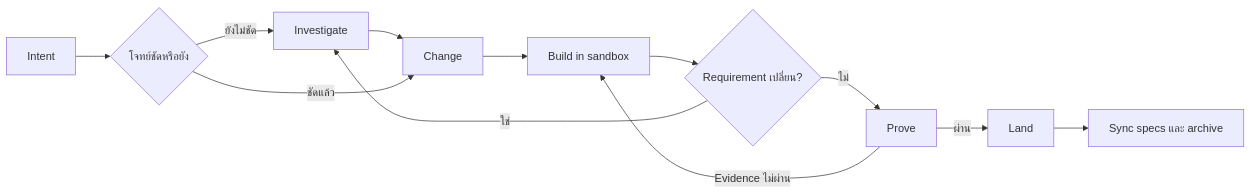
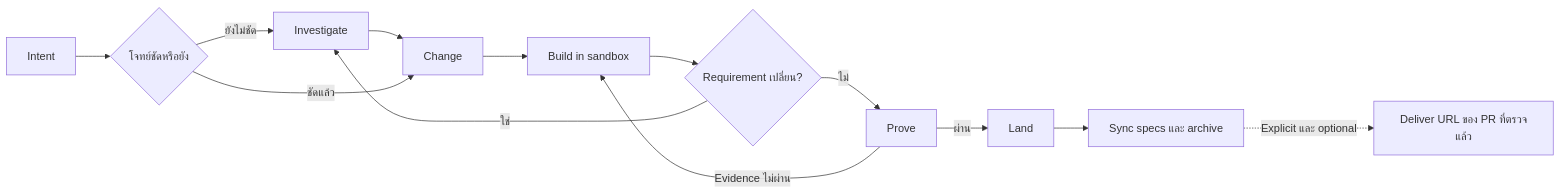
One commit to Maximumsoft-Co-LTD/claude-foundation changed the diagram in README.th.md. Above: the diagram before and after it, drawn with Mermaid. The commit also changed other lines of this file and 39 other files, not shown here.

Commit message:
feat(deliver): add optional pull request delivery

````diff
--- a/README.th.md
+++ b/README.th.md
@@ -353,14 +366,15 @@
 ```mermaid
 flowchart LR
     I[Intent] --> Q{โจทย์ชัดหรือยัง}
     Q -- ยังไม่ชัด --> X[Investigate]
     X --> C[Change]
     Q -- ชัดแล้ว --> C
     C --> B[Build in sandbox]
     B --> D{Requirement เปลี่ยน?}
     D -- ใช่ --> X
     D -- ไม่ --> P[Prove]
     P -- Evidence ไม่ผ่าน --> B
     P -- ผ่าน --> L[Land]
     L --> A[Sync specs และ archive]
+    A -. Explicit และ optional .-> R[Deliver URL ของ PR ที่ตรวจแล้ว]
 ```
````
